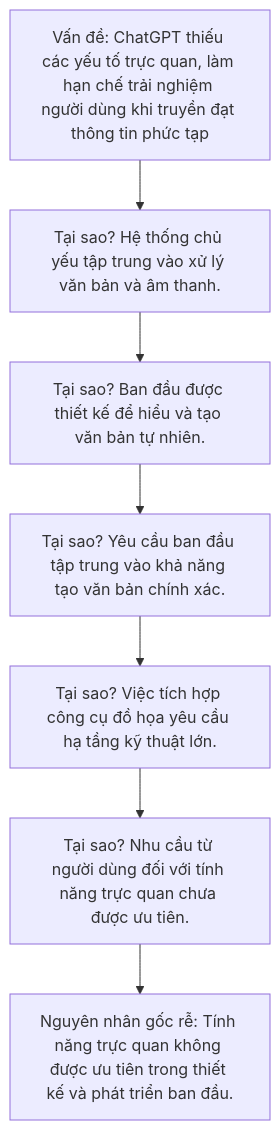
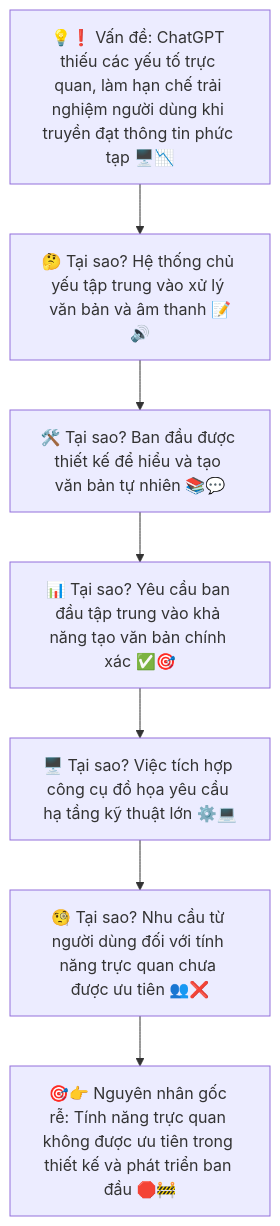
One commit to qtvhao/quickcurl changed the diagram in docs/designsprintkit/phases/01-Understand/02-Understand-the-Problem/02-Problem-Framing/02-RCA/Five-Whys.mmd. Above: the diagram before and after it, drawn with Mermaid. The commit also changed 9 other files, not shown here.

Commit message:
Enhance visual clarity in Five Whys and Ishikawa diagrams with emojis and improved formatting

```diff
--- a/docs/designsprintkit/phases/01-Understand/02-Understand-the-Problem/02-Problem-Framing/02-RCA/Five-Whys.mmd
+++ b/docs/designsprintkit/phases/01-Understand/02-Understand-the-Problem/02-Problem-Framing/02-RCA/Five-Whys.mmd
@@ -1,7 +1,8 @@
 graph TD
-    A["Vấn đề: ChatGPT thiếu các yếu tố trực quan, làm hạn chế trải nghiệm người dùng khi truyền đạt thông tin phức tạp"] --> B["Tại sao? Hệ thống chủ yếu tập trung vào xử lý văn bản và âm thanh."]
-    B --> C["Tại sao? Ban đầu được thiết kế để hiểu và tạo văn bản tự nhiên."]
-    C --> D["Tại sao? Yêu cầu ban đầu tập trung vào khả năng tạo văn bản chính xác."]
-    D --> E["Tại sao? Việc tích hợp công cụ đồ họa yêu cầu hạ tầng kỹ thuật lớn."]
-    E --> F["Tại sao? Nhu cầu từ người dùng đối với tính năng trực quan chưa được ưu tiên."]
-    F --> G["Nguyên nhân gốc rễ: Tính năng trực quan không được ưu tiên trong thiết kế và phát triển ban đầu."]
+    A["💡❗️ Vấn đề: ChatGPT thiếu các yếu tố trực quan, làm hạn chế trải nghiệm người dùng khi truyền đạt thông tin phức tạp 🖥️📉"]
+    --> B["🤔 Tại sao? Hệ thống chủ yếu tập trung vào xử lý văn bản và âm thanh 📝🔊"]
+    B --> C["🛠️ Tại sao? Ban đầu được thiết kế để hiểu và tạo văn bản tự nhiên 📚💬"]
+    C --> D["📊 Tại sao? Yêu cầu ban đầu tập trung vào khả năng tạo văn bản chính xác ✅🎯"]
+    D --> E["🖥️ Tại sao? Việc tích hợp công cụ đồ họa yêu cầu hạ tầng kỹ thuật lớn ⚙️💻"]
+    E --> F["🧐 Tại sao? Nhu cầu từ người dùng đối với tính năng trực quan chưa được ưu tiên 👥❌"]
+    F --> G["🎯👉 Nguyên nhân gốc rễ: Tính năng trực quan không được ưu tiên trong thiết kế và phát triển ban đầu 🛑🚧"]
```
